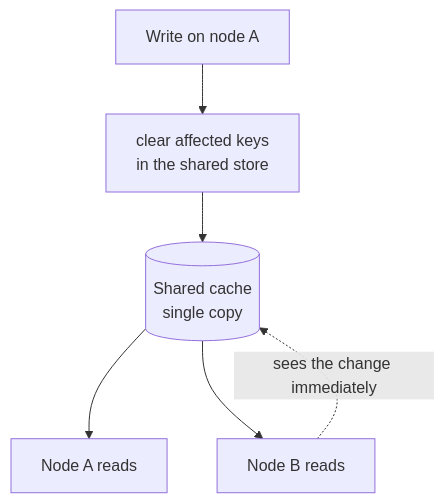
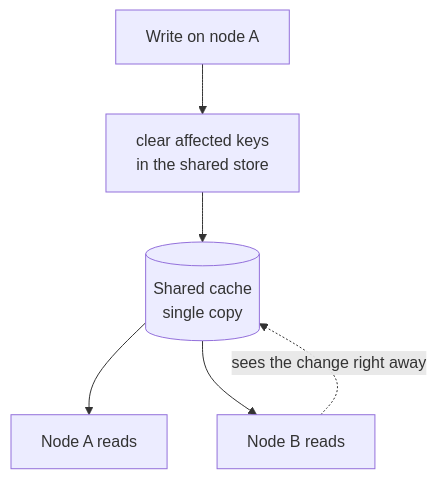
One commit to apache/gravitino changed the diagram in design-docs/gravitino-entity-cache-multinode-shared-cache-design.md. Above: the diagram before and after it, drawn with Mermaid. The commit also changed other lines of this file and 2 other files, not shown here.

````diff
--- a/design-docs/gravitino-entity-cache-multinode-shared-cache-design.md
+++ b/design-docs/gravitino-entity-cache-multinode-shared-cache-design.md
@@ -36,8 +48,8 @@
 ```mermaid
 flowchart TD
   WA[Write on node A] --> C["clear affected keys<br/>in the shared store"]
   C --> S[(Shared cache<br/>single copy)]
   S --> RA[Node A reads]
   S --> RB[Node B reads]
-  RB -. sees the change immediately .-> S
+  RB -. sees the change right away .-> S
 ```
````
